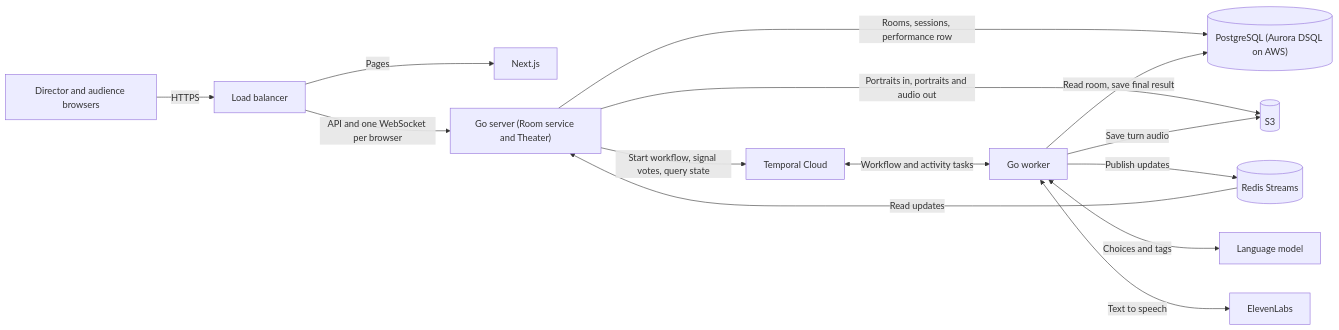
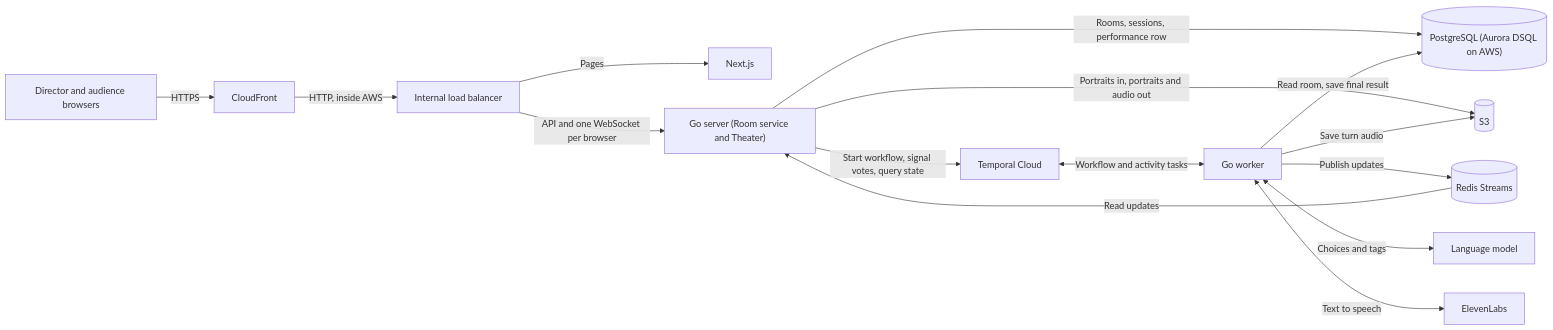
One commit to conghan-tay/MonsterTheatre_01 changed the first of 3 diagrams in docs/system-design.md. Above: the diagram before and after it, drawn with Mermaid. The commit also changed other lines of this file and 65 other files, not shown here.

````diff
--- a/docs/system-design.md
+++ b/docs/system-design.md
@@ -60,16 +60,17 @@
 ```mermaid
 flowchart LR
-    Browser[Director and audience browsers] -->|HTTPS| ALB[Load balancer]
+    Browser[Director and audience browsers] -->|HTTPS| CDN[CloudFront]
+    CDN -->|HTTP, inside AWS| ALB[Internal load balancer]
     ALB -->|Pages| Web[Next.js]
     ALB -->|API and one WebSocket per browser| Server["Go server (Room service and Theater)"]
     Server -->|Rooms, sessions, performance row| DB[("PostgreSQL (Aurora DSQL on AWS)")]
     Server -->|Portraits in, portraits and audio out| S3[(S3)]
     Server -->|Start workflow, signal votes, query state| Temporal[Temporal Cloud]
     Temporal <-->|Workflow and activity tasks| Worker[Go worker]
     Worker -->|Publish updates| Redis[(Redis Streams)]
     Redis -->|Read updates| Server
     Worker -->|Read room, save final result| DB
     Worker -->|Save turn audio| S3
     Worker <-->|Choices and tags| LLM[Language model]
     Worker <-->|Text to speech| TTS[ElevenLabs]
 ```
````
